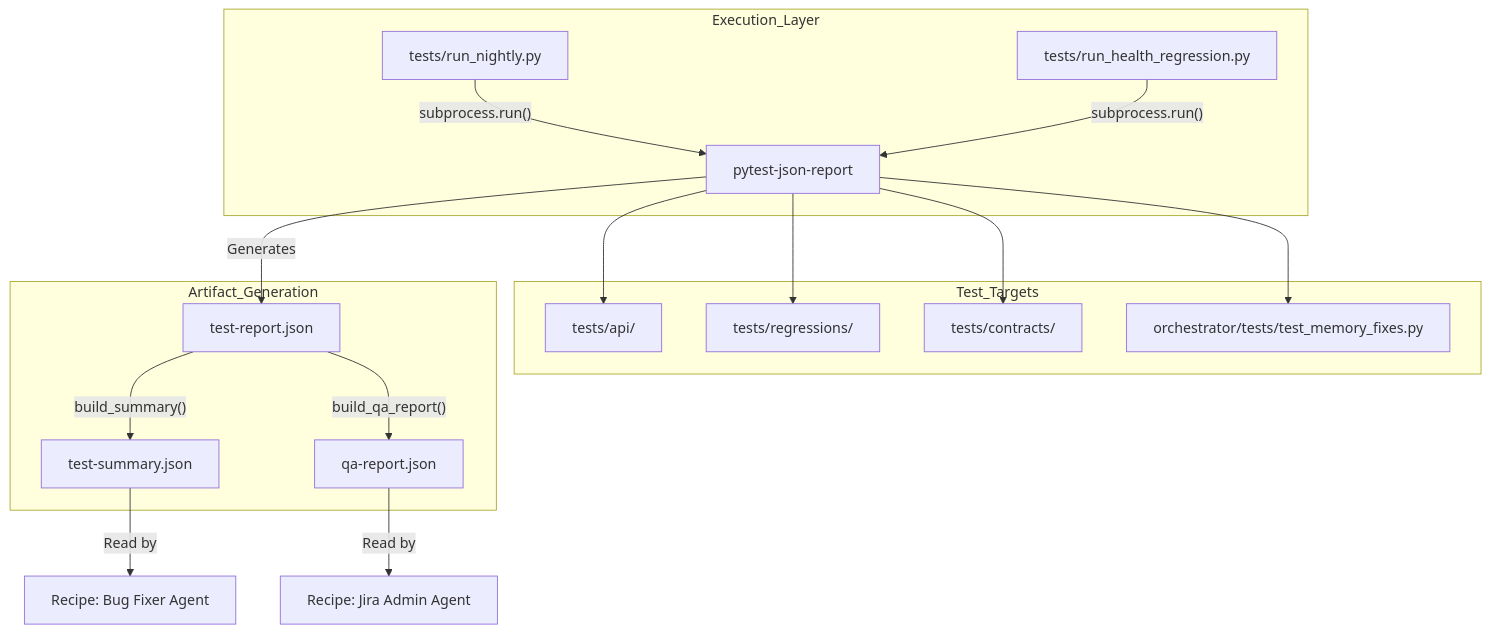
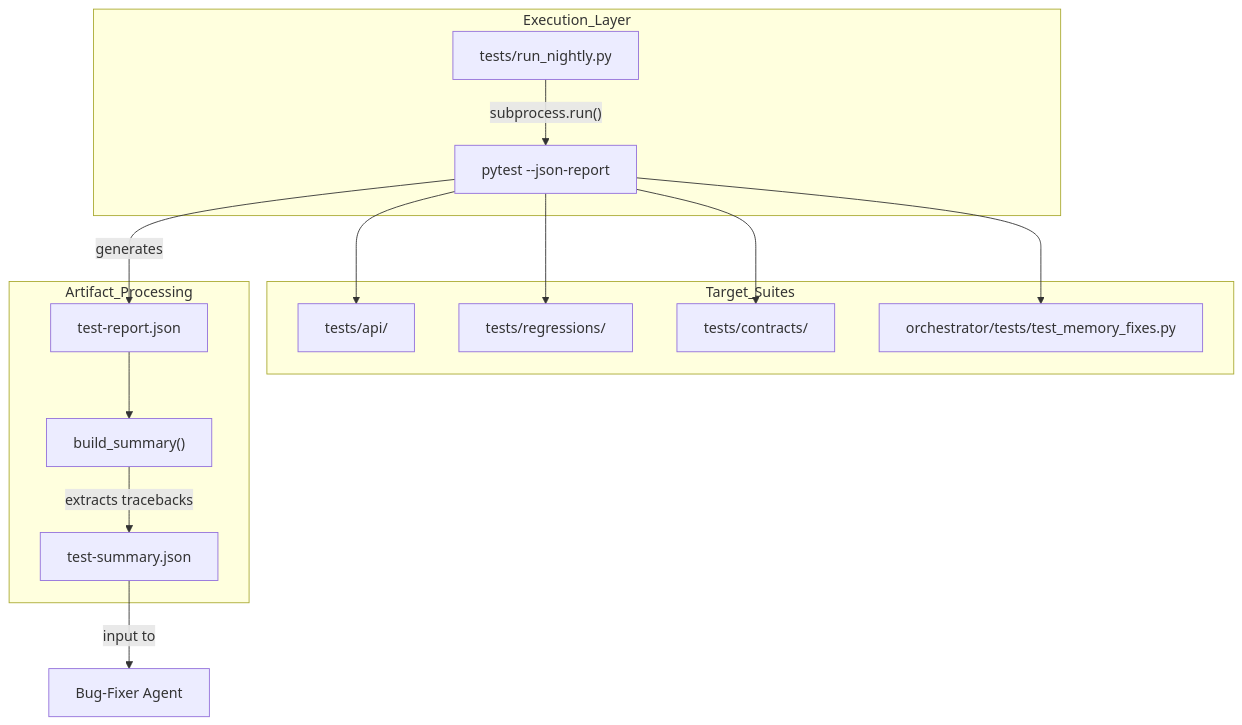
The first of 2 diagrams in docs/backend-architecture/testing-infrastructure.md (AutomatosAI/automatos-ai), drawn with Mermaid before and after one commit. The commit also changed other lines of this file and 153 other files, not shown here.

````diff
--- a/docs/backend-architecture/testing-infrastructure.md
+++ b/docs/backend-architecture/testing-infrastructure.md
@@ -51,35 +38,31 @@
 ```mermaid
 graph TD
     subgraph "Execution_Layer"
-        NIGHTLY["tests/run_nightly.py"]
-        HEALTH["tests/run_health_regression.py"]
-        PYTEST["pytest-json-report"]
+        RUNNER["tests/run_nightly.py"]
+        PYTEST["pytest --json-report"]
     end
 
-    subgraph "Test_Targets"
+    subgraph "Target_Suites"
         API["tests/api/"]
         REGR["tests/regressions/"]
         CONT["tests/contracts/"]
-        CORE_REGR["orchestrator/tests/test_memory_fixes.py"]
+        MEM_FIX["orchestrator/tests/test_memory_fixes.py"]
     end
 
-    subgraph "Artifact_Generation"
-        FULL_REP["test-report.json"]
-        SUMM_REP["test-summary.json"]
-        QA_REP["qa-report.json"]
+    subgraph "Artifact_Processing"
+        RAW_JSON["test-report.json"]
+        BUILDER["build_summary()"]
+        COMPACT_JSON["test-summary.json"]
     end
 
-    NIGHTLY -->|"subprocess.run()"| PYTEST
-    HEALTH -->|"subprocess.run()"| PYTEST
+    RUNNER -->|"subprocess.run()"| PYTEST
     PYTEST --> API
     PYTEST --> REGR
     PYTEST --> CONT
-    PYTEST --> CORE_REGR
+    PYTEST --> MEM_FIX
 
-    PYTEST -->|"Generates"| FULL_REP
-    FULL_REP -->|"build_summary()"| SUMM_REP
-    FULL_REP -->|"build_qa_report()"| QA_REP
-    
-    SUMM_REP -->|"Read by"| AGENT["Recipe: Bug Fixer Agent"]
-    QA_REP -->|"Read by"| JIRA["Recipe: Jira Admin Agent"]
+    PYTEST -->|"generates"| RAW_JSON
+    RAW_JSON --> BUILDER
+    BUILDER -->|"extracts tracebacks"| COMPACT_JSON
+    COMPACT_JSON -->|"input to"| AGENT["Bug-Fixer Agent"]
 ```
````
